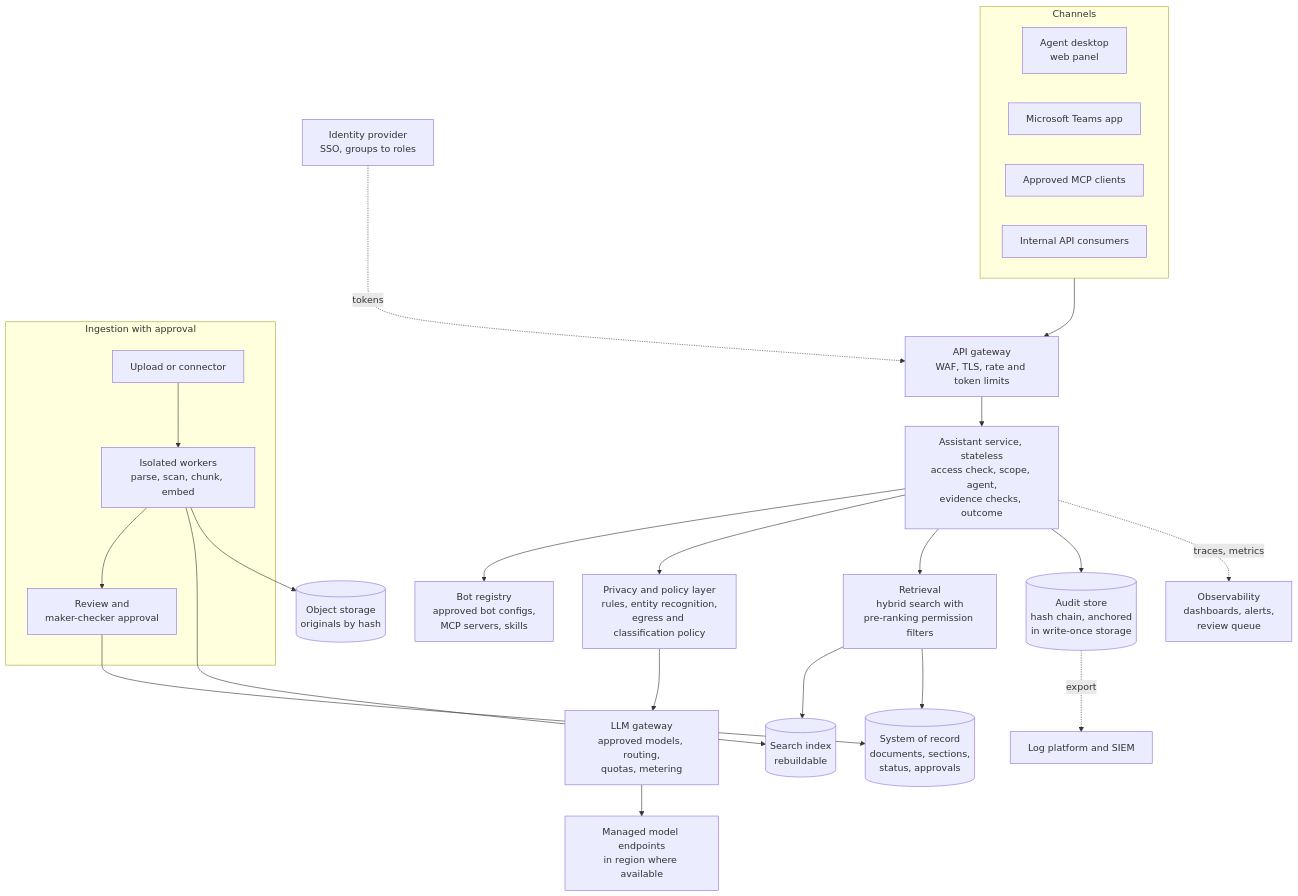
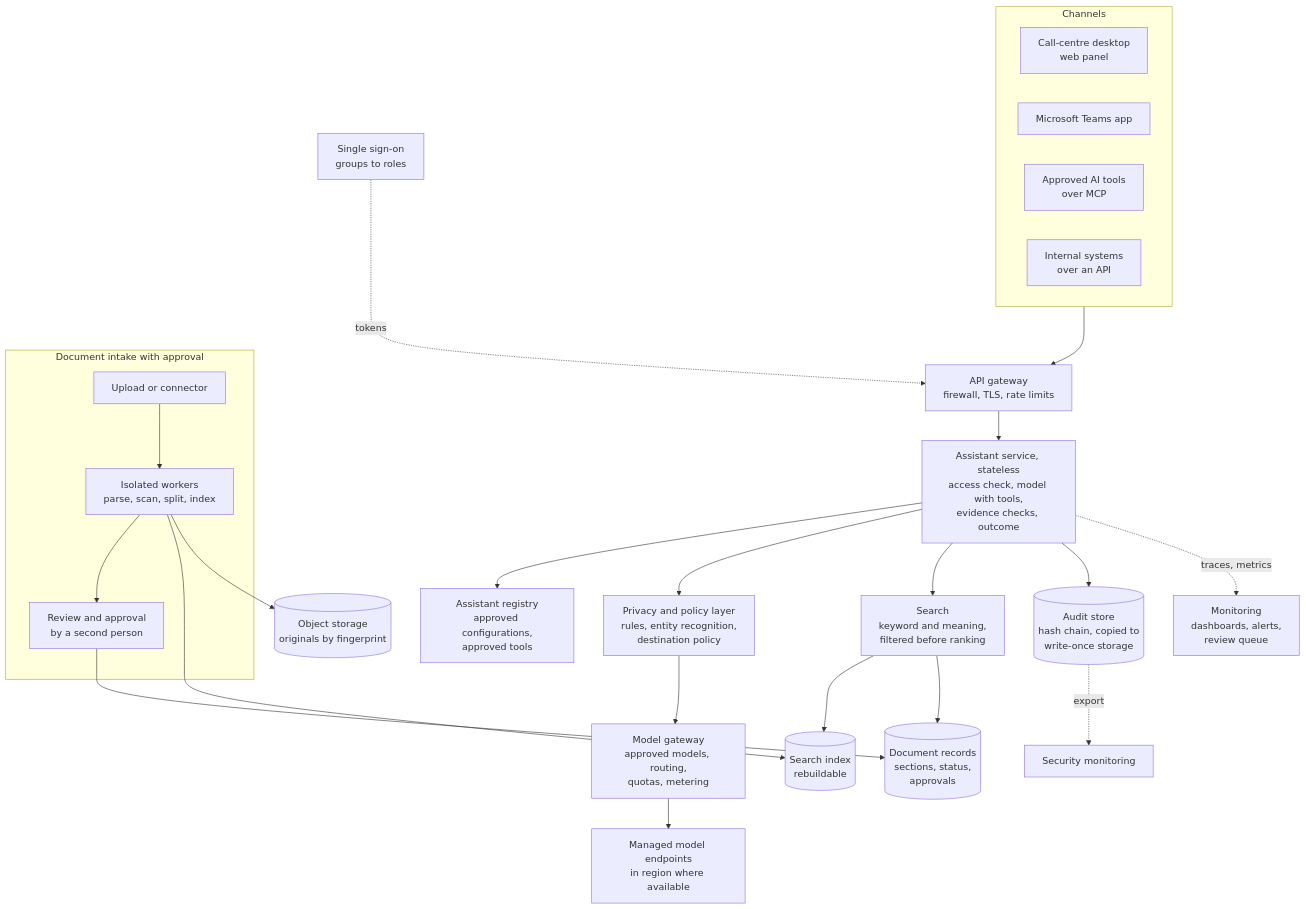
Before and after one commit to Treasure1201/kestrel: the first of 3 diagrams in docs/PRODUCTION_ARCHITECTURE.md, drawn with Mermaid. The commit also changed other lines of this file and 3 other files, not shown here.

First line of the commit message:
docs: final pass on the production architecture, business note, AI disclosure and plan

````diff
--- a/docs/PRODUCTION_ARCHITECTURE.md
+++ b/docs/PRODUCTION_ARCHITECTURE.md
@@ -33,33 +47,33 @@
 ```mermaid
 flowchart TB
     subgraph CH["Channels"]
-        DESK["Agent desktop<br/>web panel"]
+        DESK["Call-centre desktop<br/>web panel"]
         TEAMS["Microsoft Teams app"]
-        MCPC["Approved MCP clients"]
-        API["Internal API consumers"]
+        MCPC["Approved AI tools<br/>over MCP"]
+        API["Internal systems<br/>over an API"]
     end
 
-    CH --> GW["API gateway<br/>WAF, TLS, rate and token limits"]
-    IDP["Identity provider<br/>SSO, groups to roles"] -. tokens .-> GW
+    CH --> GW["API gateway<br/>firewall, TLS, rate limits"]
+    IDP["Single sign-on<br/>groups to roles"] -. tokens .-> GW
 
-    GW --> SVC["Assistant service, stateless<br/>access check, scope, agent,<br/>evidence checks, outcome"]
-    SVC --> REG["Bot registry<br/>approved bot configs,<br/>MCP servers, skills"]
-    SVC --> PRIV["Privacy and policy layer<br/>rules, entity recognition,<br/>egress and classification policy"]
-    PRIV --> LLMGW["LLM gateway<br/>approved models, routing,<br/>quotas, metering"]
+    GW --> SVC["Assistant service, stateless<br/>access check, model with tools,<br/>evidence checks, outcome"]
+    SVC --> REG["Assistant registry<br/>approved configurations,<br/>approved tools"]
+    SVC --> PRIV["Privacy and policy layer<br/>rules, entity recognition,<br/>destination policy"]
+    PRIV --> LLMGW["Model gateway<br/>approved models, routing,<br/>quotas, metering"]
     LLMGW --> MODELS["Managed model endpoints<br/>in region where available"]
-    SVC --> RET["Retrieval<br/>hybrid search with<br/>pre-ranking permission filters"]
+    SVC --> RET["Search<br/>keyword and meaning,<br/>filtered before ranking"]
     RET --> IDX[("Search index<br/>rebuildable")]
-    RET --> SOR[("System of record<br/>documents, sections,<br/>status, approvals")]
-    SVC --> AUD[("Audit store<br/>hash chain, anchored<br/>in write-once storage")]
+    RET --> SOR[("Document records<br/>sections, status,<br/>approvals")]
+    SVC --> AUD[("Audit store<br/>hash chain, copied to<br/>write-once storage")]
 
-    subgraph ING["Ingestion with approval"]
-        UP["Upload or connector"] --> WRK["Isolated workers<br/>parse, scan, chunk, embed"]
-        WRK --> REV["Review and<br/>maker-checker approval"]
+    subgraph ING["Document intake with approval"]
+        UP["Upload or connector"] --> WRK["Isolated workers<br/>parse, scan, split, index"]
+        WRK --> REV["Review and approval<br/>by a second person"]
     end
     REV --> SOR
     WRK --> IDX
-    WRK --> OBJ[("Object storage<br/>originals by hash")]
+    WRK --> OBJ[("Object storage<br/>originals by fingerprint")]
 
-    SVC -. traces, metrics .-> OBS["Observability<br/>dashboards, alerts,<br/>review queue"]
-    AUD -. export .-> SIEM["Log platform and SIEM"]
+    SVC -. traces, metrics .-> OBS["Monitoring<br/>dashboards, alerts,<br/>review queue"]
+    AUD -. export .-> SIEM["Security monitoring"]
 ```
````
